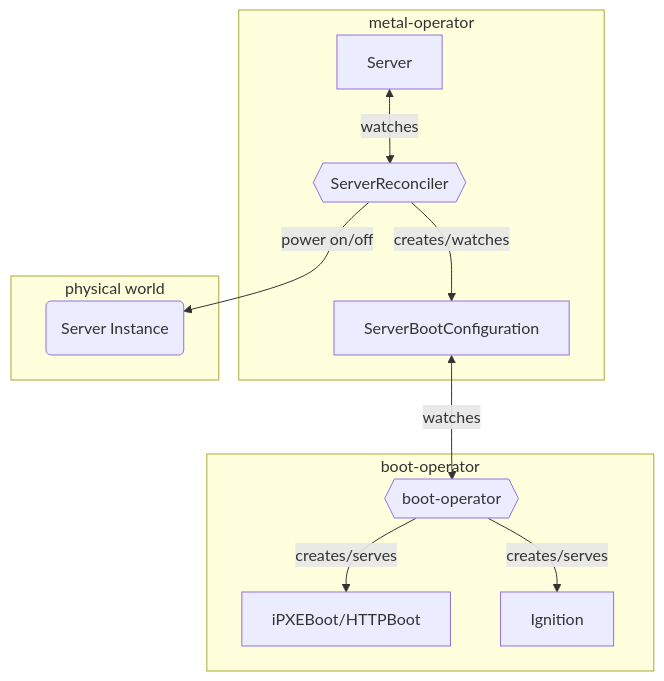
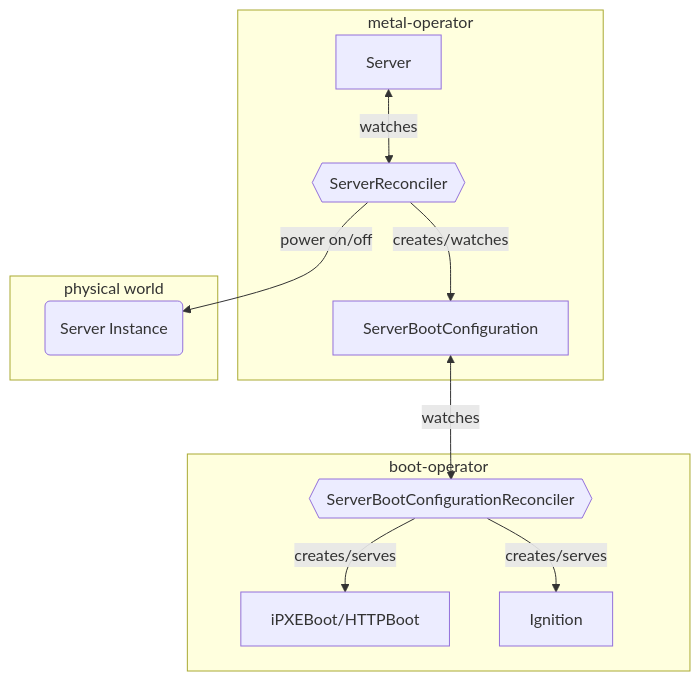
The second of 2 diagrams in docs/baremetal/architecture/discovery.md (opensovereigncloud/docs), drawn with Mermaid before and after one commit. The commit also changed 1 other file, not shown here.

Commit message:
Fix BM provisioning and discovery graphs (#80)

````diff
--- a/docs/baremetal/architecture/discovery.md
+++ b/docs/baremetal/architecture/discovery.md
@@ -120,15 +120,15 @@
 ```mermaid
 graph TD
     subgraph metal-operator
        A[Server] <-->|watches| B{{ServerReconciler}}
        B --> |creates/watches| C[ServerBootConfiguration]
     end
     subgraph physical world
        B --> |power on/off| J(Server Instance)
     end
     subgraph boot-operator
-       C <--> |watches| D{{boot-operator}}
+       C <--> |watches| D{{ServerBootConfigurationReconciler}}
        D --> |creates/serves| E[iPXEBoot/HTTPBoot]
        D --> |creates/serves| F[Ignition]
     end 
 ```
````
